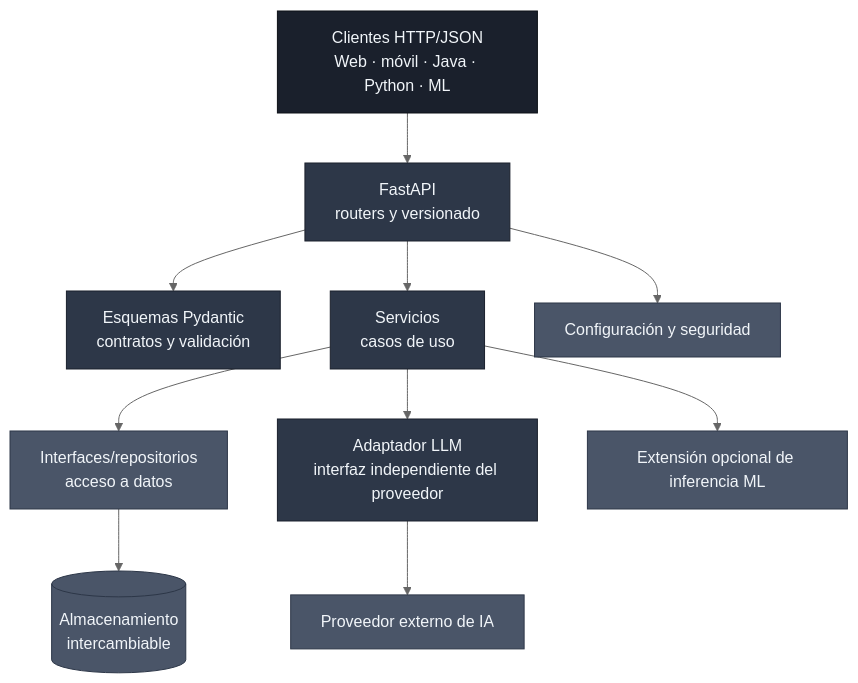
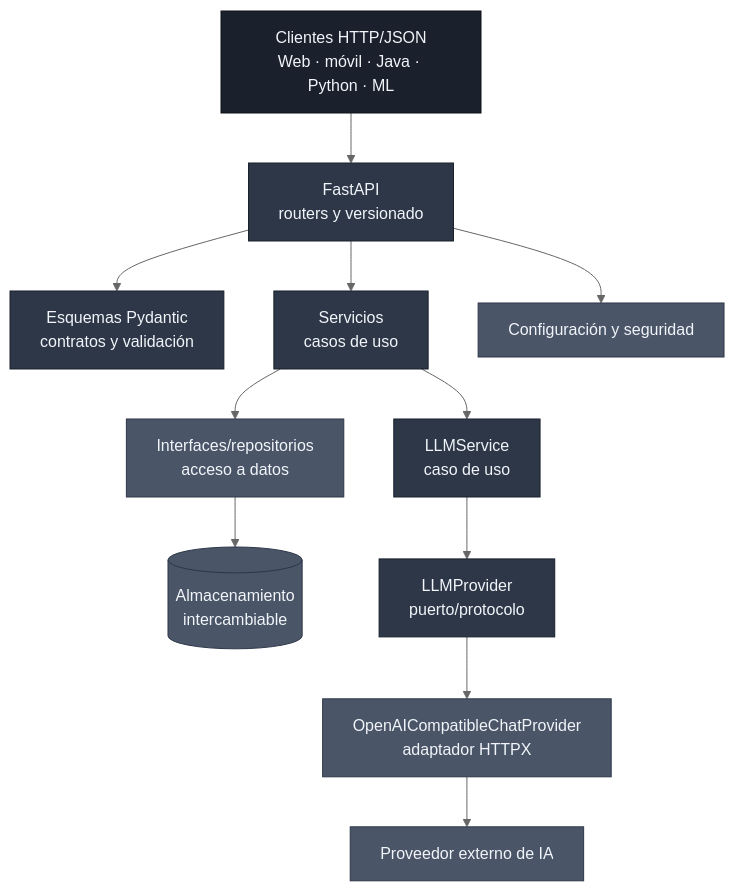
The first of 3 diagrams in docs/architecture.md (LenninTemoche/FastAPI-AI-integration-basic), drawn with Mermaid (neutral theme) before and after one commit. The commit also changed other lines of this file and 22 other files, not shown here.

Commit message:
feat: add provider LLM integration

````diff
--- a/docs/architecture.md
+++ b/docs/architecture.md
@@ -41,23 +49,25 @@
 ```mermaid
 flowchart TD
     C[Clientes HTTP/JSON<br/>Web · móvil · Java · Python · ML] --> API[FastAPI<br/>routers y versionado]
     API --> SCH[Esquemas Pydantic<br/>contratos y validación]
     API --> SVC[Servicios<br/>casos de uso]
     SVC --> REP[Interfaces/repositorios<br/>acceso a datos]
     REP --> DB[(Almacenamiento<br/>intercambiable)]
-    SVC --> LLM[Adaptador LLM<br/>interfaz independiente del proveedor]
-    LLM --> EXT[Proveedor externo de IA]
+    SVC --> LLM_SVC[LLMService<br/>caso de uso]
+    LLM_SVC --> LLM_PORT[LLMProvider<br/>puerto/protocolo]
+    LLM_PORT --> LLM_ADAPT[OpenAICompatibleChatProvider<br/>adaptador HTTPX]
+    LLM_ADAPT --> EXT[Proveedor externo de IA]
     API --> SEC[Configuración y seguridad]
-    SVC --> ML[Extensión opcional de inferencia ML]
 
     style C fill:#1a202c,stroke:#0d1117,color:#f1f5f9
     style API fill:#2d3748,stroke:#1a202c,color:#f1f5f9
     style SCH fill:#2d3748,stroke:#1a202c,color:#f1f5f9
     style SVC fill:#2d3748,stroke:#1a202c,color:#f1f5f9
     style REP fill:#4a5568,stroke:#2d3748,color:#f1f5f9
     style DB fill:#4a5568,stroke:#2d3748,color:#f1f5f9
-    style LLM fill:#2d3748,stroke:#1a202c,color:#f1f5f9
+    style LLM_SVC fill:#2d3748,stroke:#1a202c,color:#f1f5f9
+    style LLM_PORT fill:#2d3748,stroke:#1a202c,color:#f1f5f9
+    style LLM_ADAPT fill:#4a5568,stroke:#2d3748,color:#f1f5f9
     style EXT fill:#4a5568,stroke:#2d3748,color:#f1f5f9
     style SEC fill:#4a5568,stroke:#2d3748,color:#f1f5f9
-    style ML fill:#4a5568,stroke:#2d3748,color:#f1f5f9
 ```
````
